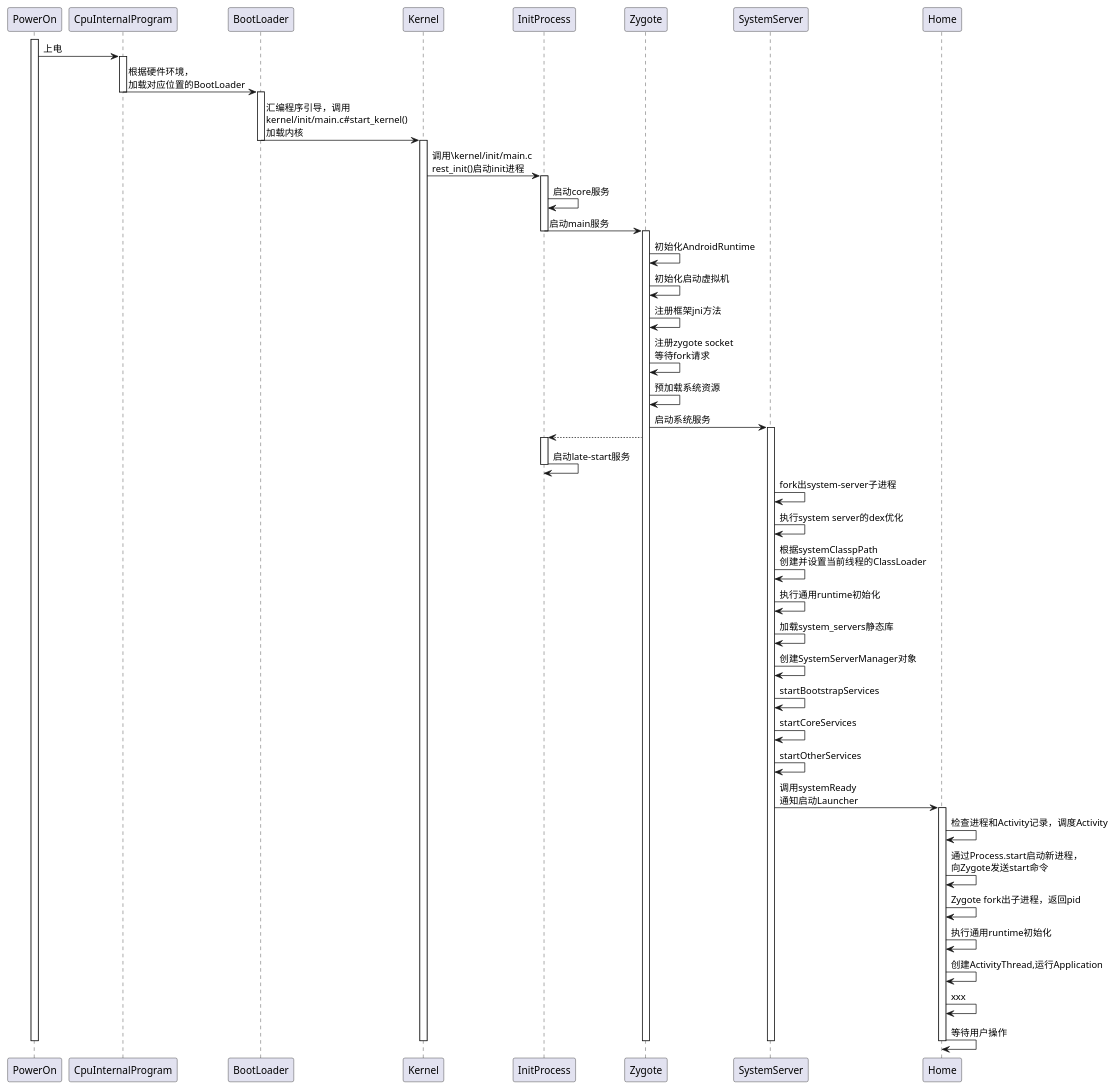
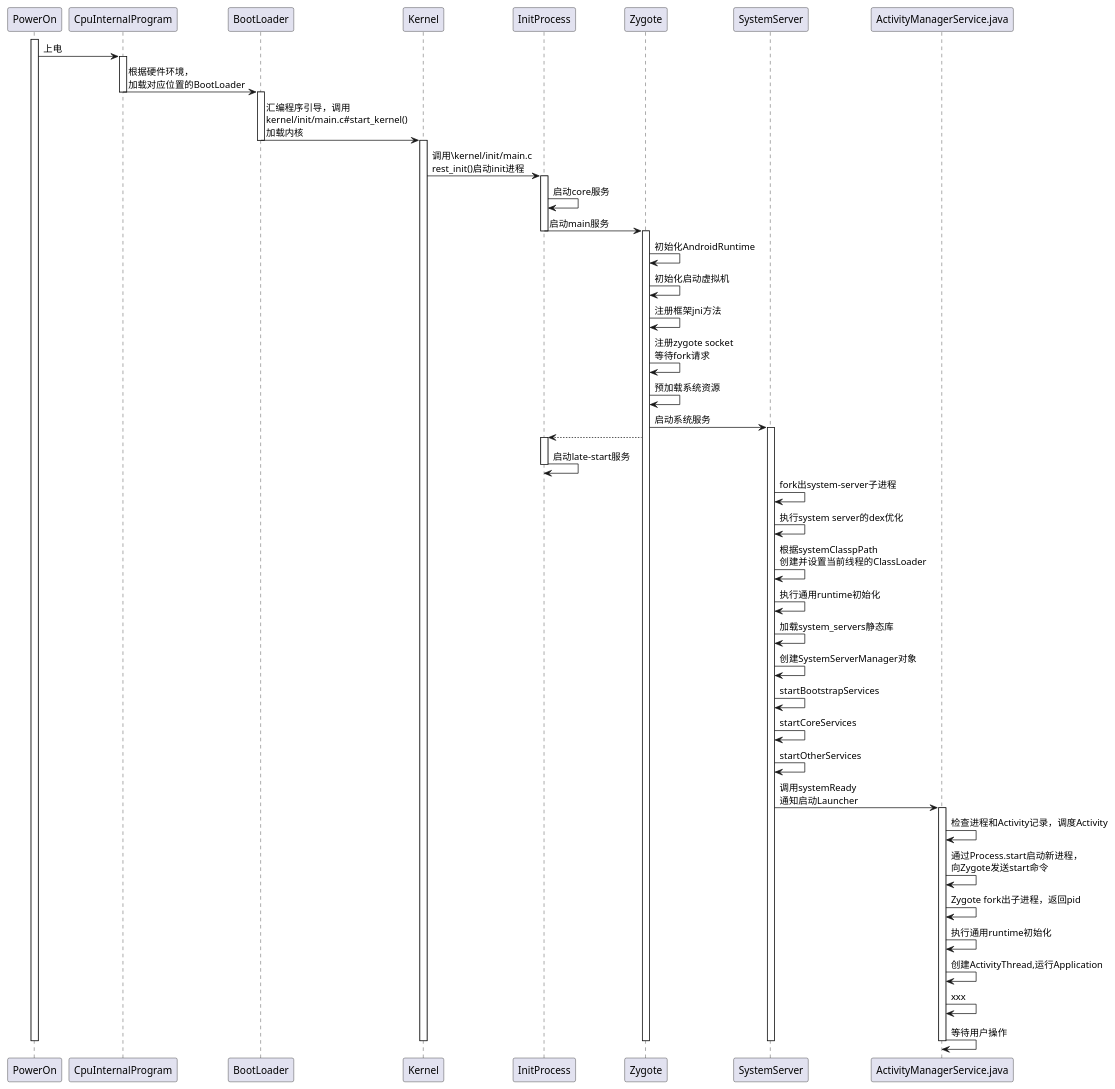
One commit to heavy-james/AndroidStartSequence changed the diagram in uml/1_android_start/android_start.puml. Above: the diagram before and after it, drawn with PlantUML. The commit also changed 7 other files, not shown here.

```diff
--- a/uml/1_android_start/android_start.puml
+++ b/uml/1_android_start/android_start.puml
@@ -1,82 +1,82 @@
 @startuml
 
 participant "PowerOn"
 
 participant CpuInPg as "CpuInternalProgram"
 
 participant BootLoader as "BootLoader"
 
 participant Kernel as "Kernel"
 
 participant InitProcess as "InitProcess"
 
 participant Zygote as "Zygote"
 
 participant SystemServer as "SystemServer"
 
-participant Home as "Home"
+participant ActivityManagerService as "ActivityManagerService.java"
 
 'sequence below
 
 activate PowerOn
 PowerOn -> CpuInPg : 上电
 
 activate CpuInPg
 CpuInPg -> BootLoader : 根据硬件环境，\n加载对应位置的BootLoader
 deactivate CpuInPg
 
 activate BootLoader
 BootLoader -> Kernel : 汇编程序引导，调用\nkernel/init/main.c#start_kernel()\n加载内核
 deactivate BootLoader
 
 activate Kernel
 Kernel -> InitProcess : 调用\kernel/init/main.c\nrest_init()启动init进程
 
 activate InitProcess
 InitProcess -> InitProcess : 启动core服务
 InitProcess -> Zygote : 启动main服务
 deactivate InitProcess
 
 activate Zygote
 Zygote -> Zygote : 初始化AndroidRuntime
 Zygote -> Zygote : 初始化启动虚拟机
 Zygote -> Zygote : 注册框架jni方法
 Zygote -> Zygote : 注册zygote socket\
 \n等待fork请求
 Zygote -> Zygote : 预加载系统资源
 Zygote -> SystemServer : 启动系统服务
 
 activate SystemServer
 Zygote --> InitProcess
 activate InitProcess
 InitProcess -> InitProcess : 启动late-start服务
 deactivate InitProcess
 
 
 SystemServer -> SystemServer : fork出system-server子进程
 SystemServer -> SystemServer : 执行system server的dex优化
 SystemServer -> SystemServer : 根据systemClasspPath\
 \n创建并设置当前线程的ClassLoader
 SystemServer -> SystemServer : 执行通用runtime初始化
 SystemServer -> SystemServer : 加载system_servers静态库
 SystemServer -> SystemServer : 创建SystemServerManager对象
 SystemServer -> SystemServer : startBootstrapServices
 SystemServer -> SystemServer : startCoreServices
 SystemServer -> SystemServer : startOtherServices
-SystemServer -> Home : 调用systemReady\n通知启动Launcher
+SystemServer -> ActivityManagerService : 调用systemReady\n通知启动Launcher
 
-activate Home
-Home -> Home : 检查进程和Activity记录，调度Activity
-Home -> Home : 通过Process.start启动新进程，\n向Zygote发送start命令
-Home -> Home : Zygote fork出子进程，返回pid
-Home -> Home : 执行通用runtime初始化
-Home -> Home : 创建ActivityThread,运行Application
-Home -> Home : xxx
-Home -> Home : 等待用户操作
+activate ActivityManagerService
+ActivityManagerService -> ActivityManagerService : 检查进程和Activity记录，调度Activity
+ActivityManagerService -> ActivityManagerService : 通过Process.start启动新进程，\n向Zygote发送start命令
+ActivityManagerService -> ActivityManagerService : Zygote fork出子进程，返回pid
+ActivityManagerService -> ActivityManagerService : 执行通用runtime初始化
+ActivityManagerService -> ActivityManagerService : 创建ActivityThread,运行Application
+ActivityManagerService -> ActivityManagerService : xxx
+ActivityManagerService -> ActivityManagerService : 等待用户操作
 
-deactivate Home
+deactivate ActivityManagerService
 deactivate SystemServer
 deactivate Zygote
 deactivate Kernel
 deactivate PowerOn
 @enduml
```
